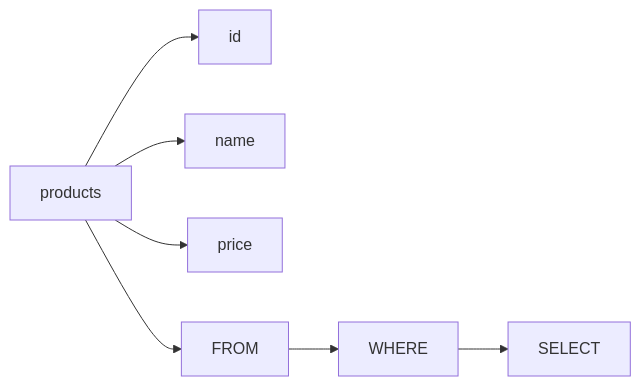
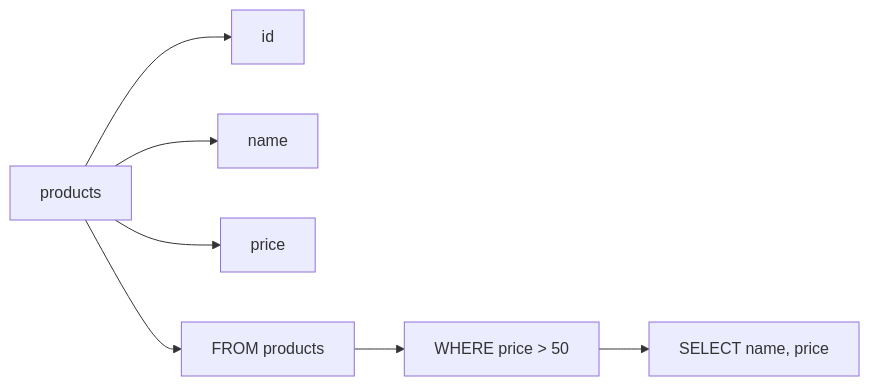
One commit to rot1024/sqloflow changed the diagram in examples/create.mmd. Above: the diagram before and after it, drawn with Mermaid. The commit also changed 43 other files, not shown here.

```diff
--- a/examples/create.mmd
+++ b/examples/create.mmd
@@ -1,14 +1,14 @@
 flowchart LR
     node_0[products]
     node_1[id]
     node_2[name]
     node_3[price]
-    node_4[FROM]
-    node_5[WHERE]
-    node_6[SELECT]
+    node_4[FROM products]
+    node_5["WHERE price &gt; 50"]
+    node_6["SELECT name, price"]
     node_0 --> node_1
     node_0 --> node_2
     node_0 --> node_3
     node_0 --> node_4
     node_4 --> node_5
     node_5 --> node_6
```
